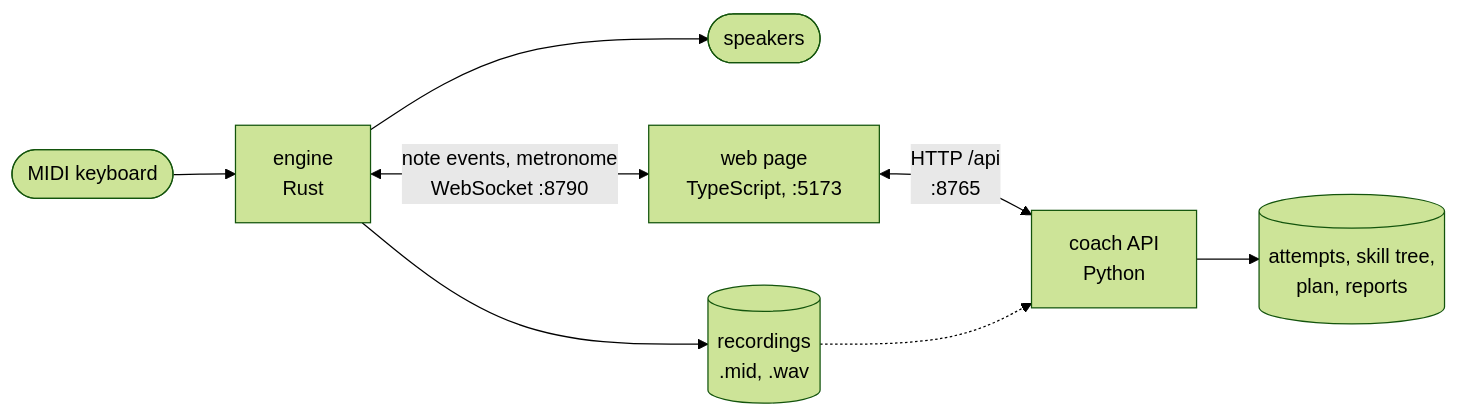
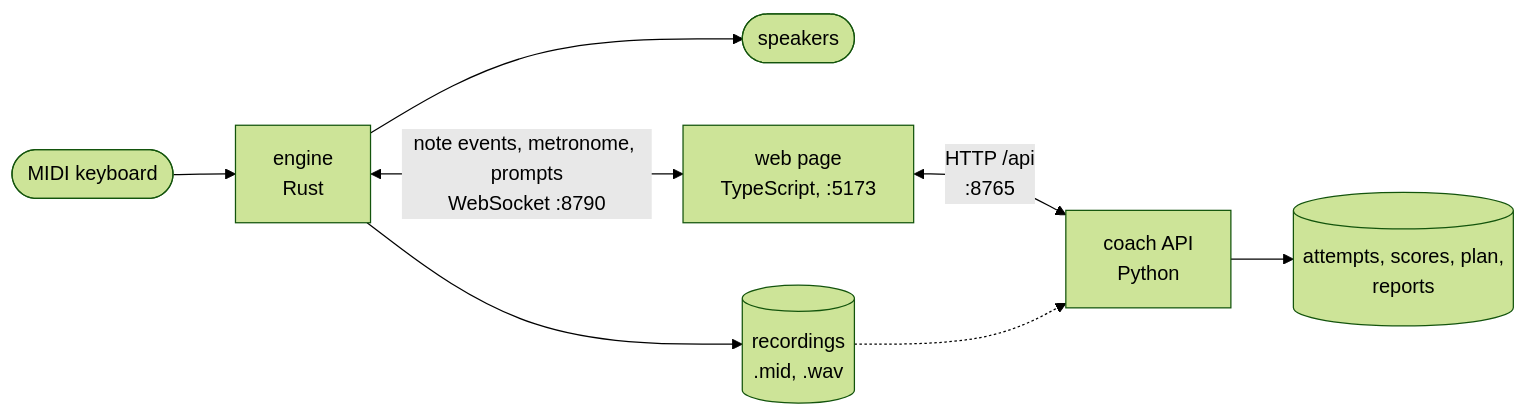
The diagram in README.md (arch-il/rusty_piano), drawn with Mermaid (forest theme) before and after one commit. The commit also changed other lines of this file and 5 other files, not shown here.

````diff
--- a/README.md
+++ b/README.md
@@ -149,10 +174,10 @@
 ```mermaid
 flowchart LR
     kb([MIDI keyboard]) --> engine["engine<br/>Rust"]
     engine --> out([speakers])
     engine --> rec[("recordings<br/>.mid, .wav")]
-    engine <-- "note events, metronome<br/>WebSocket :8790" --> web["web page<br/>TypeScript, :5173"]
+    engine <-- "note events, metronome, prompts<br/>WebSocket :8790" --> web["web page<br/>TypeScript, :5173"]
     web <-- "HTTP /api<br/>:8765" --> api["coach API<br/>Python"]
-    api --> data[("attempts, skill tree,<br/>plan, reports")]
+    api --> data[("attempts, scores, plan,<br/>reports")]
     rec -.-> api
 ```
````
